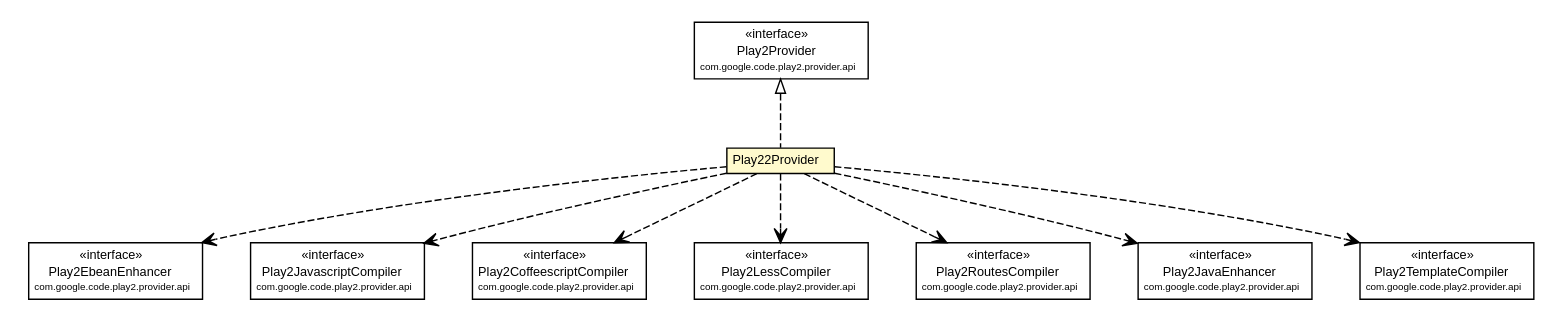
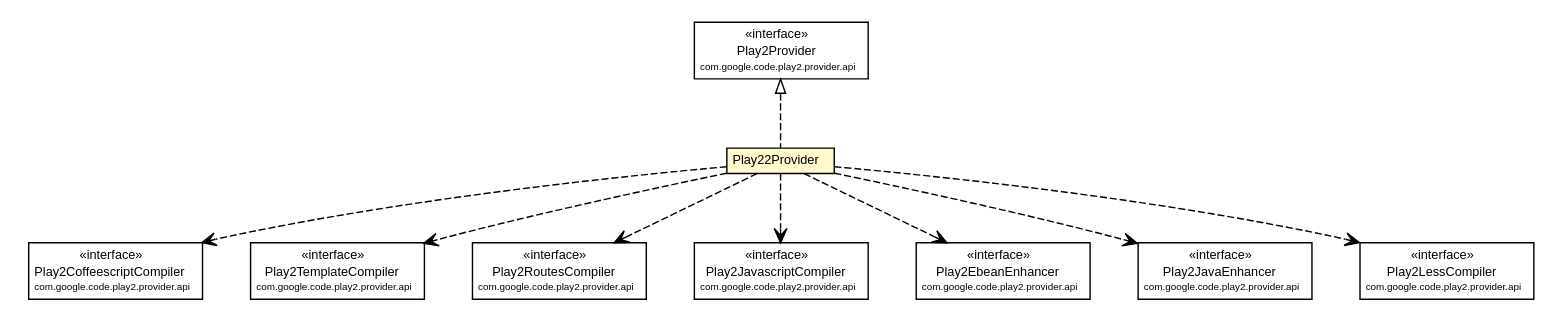
The diagram in mavensite/1.0.0-beta2-SNAPSHOT/play2-providers/play2-provider-play22/apidocs/com/google/code/play2/provider/play22/Play22Provider.dot (wouterhardeman/play2-maven-plugin), drawn with Graphviz before and after one commit. The commit also changed 240 other files, not shown here.

```diff
--- a/mavensite/1.0.0-beta2-SNAPSHOT/play2-providers/play2-provider-play22/apidocs/com/google/code/play2/provider/play22/Play22Provider.dot
+++ b/mavensite/1.0.0-beta2-SNAPSHOT/play2-providers/play2-provider-play22/apidocs/com/google/code/play2/provider/play22/Play22Provider.dot
@@ -1,98 +1,98 @@
 #!/usr/local/bin/dot
 #
 # Class diagram 
 # Generated by UMLGraph version R5_6-24-gf6e263 (http://www.umlgraph.org/)
 #
 
 digraph G {
 	edge [fontname="arial",fontsize=10,labelfontname="arial",labelfontsize=10];
 	node [fontname="arial",fontsize=10,shape=plaintext];
 	nodesep=0.25;
 	ranksep=0.5;
 	// com.google.code.play2.provider.play22.Play22Provider
 	c177 [label=<<table title="com.google.code.play2.provider.play22.Play22Provider" border="0" cellborder="1" cellspacing="0" cellpadding="2" port="p" bgcolor="lemonChiffon" href="./Play22Provider.html">
 		<tr><td><table border="0" cellspacing="0" cellpadding="1">
 <tr><td align="center" balign="center"> Play22Provider </td></tr>
 		</table></td></tr>
 		</table>>, URL="./Play22Provider.html", fontname="arial", fontcolor="black", fontsize=9.0];
 	//com.google.code.play2.provider.play22.Play22Provider implements com.google.code.play2.provider.api.Play2Provider
 	c186:p -> c177:p [dir=back,arrowtail=empty,style=dashed];
+	// com.google.code.play2.provider.play22.Play22Provider DEPEND com.google.code.play2.provider.api.Play2CoffeescriptCompiler
+	c177:p -> c187:p [taillabel="", label="", headlabel="", fontname="arial", fontcolor="black", fontsize=10.0, color="black", arrowhead=open, style=dashed];
+	// com.google.code.play2.provider.play22.Play22Provider DEPEND com.google.code.play2.provider.api.Play2TemplateCompiler
+	c177:p -> c188:p [taillabel="", label="", headlabel="", fontname="arial", fontcolor="black", fontsize=10.0, color="black", arrowhead=open, style=dashed];
+	// com.google.code.play2.provider.play22.Play22Provider DEPEND com.google.code.play2.provider.api.Play2RoutesCompiler
+	c177:p -> c189:p [taillabel="", label="", headlabel="", fontname="arial", fontcolor="black", fontsize=10.0, color="black", arrowhead=open, style=dashed];
+	// com.google.code.play2.provider.play22.Play22Provider DEPEND com.google.code.play2.provider.api.Play2JavascriptCompiler
+	c177:p -> c190:p [taillabel="", label="", headlabel="", fontname="arial", fontcolor="black", fontsize=10.0, color="black", arrowhead=open, style=dashed];
 	// com.google.code.play2.provider.play22.Play22Provider DEPEND com.google.code.play2.provider.api.Play2EbeanEnhancer
-	c177:p -> c187:p [taillabel="", label="", headlabel="", fontname="arial", fontcolor="black", fontsize=10.0, color="black", arrowhead=open, style=dashed];
-	// com.google.code.play2.provider.play22.Play22Provider DEPEND com.google.code.play2.provider.api.Play2JavascriptCompiler
-	c177:p -> c188:p [taillabel="", label="", headlabel="", fontname="arial", fontcolor="black", fontsize=10.0, color="black", arrowhead=open, style=dashed];
-	// com.google.code.play2.provider.play22.Play22Provider DEPEND com.google.code.play2.provider.api.Play2CoffeescriptCompiler
-	c177:p -> c189:p [taillabel="", label="", headlabel="", fontname="arial", fontcolor="black", fontsize=10.0, color="black", arrowhead=open, style=dashed];
-	// com.google.code.play2.provider.play22.Play22Provider DEPEND com.google.code.play2.provider.api.Play2LessCompiler
-	c177:p -> c190:p [taillabel="", label="", headlabel="", fontname="arial", fontcolor="black", fontsize=10.0, color="black", arrowhead=open, style=dashed];
-	// com.google.code.play2.provider.play22.Play22Provider DEPEND com.google.code.play2.provider.api.Play2RoutesCompiler
 	c177:p -> c191:p [taillabel="", label="", headlabel="", fontname="arial", fontcolor="black", fontsize=10.0, color="black", arrowhead=open, style=dashed];
 	// com.google.code.play2.provider.play22.Play22Provider DEPEND com.google.code.play2.provider.api.Play2JavaEnhancer
 	c177:p -> c192:p [taillabel="", label="", headlabel="", fontname="arial", fontcolor="black", fontsize=10.0, color="black", arrowhead=open, style=dashed];
-	// com.google.code.play2.provider.play22.Play22Provider DEPEND com.google.code.play2.provider.api.Play2TemplateCompiler
+	// com.google.code.play2.provider.play22.Play22Provider DEPEND com.google.code.play2.provider.api.Play2LessCompiler
 	c177:p -> c193:p [taillabel="", label="", headlabel="", fontname="arial", fontcolor="black", fontsize=10.0, color="black", arrowhead=open, style=dashed];
 	// com.google.code.play2.provider.api.Play2EbeanEnhancer
-	c187 [label=<<table title="com.google.code.play2.provider.api.Play2EbeanEnhancer" border="0" cellborder="1" cellspacing="0" cellpadding="2" port="p">
+	c191 [label=<<table title="com.google.code.play2.provider.api.Play2EbeanEnhancer" border="0" cellborder="1" cellspacing="0" cellpadding="2" port="p">
 		<tr><td><table border="0" cellspacing="0" cellpadding="1">
 <tr><td align="center" balign="center"> &#171;interface&#187; </td></tr>
 <tr><td align="center" balign="center"> Play2EbeanEnhancer </td></tr>
 <tr><td align="center" balign="center"><font point-size="7.0"> com.google.code.play2.provider.api </font></td></tr>
 		</table></td></tr>
 		</table>>, URL="null", fontname="arial", fontcolor="black", fontsize=9.0];
 	// com.google.code.play2.provider.api.Play2LessCompiler
-	c190 [label=<<table title="com.google.code.play2.provider.api.Play2LessCompiler" border="0" cellborder="1" cellspacing="0" cellpadding="2" port="p">
+	c193 [label=<<table title="com.google.code.play2.provider.api.Play2LessCompiler" border="0" cellborder="1" cellspacing="0" cellpadding="2" port="p">
 		<tr><td><table border="0" cellspacing="0" cellpadding="1">
 <tr><td align="center" balign="center"> &#171;interface&#187; </td></tr>
 <tr><td align="center" balign="center"> Play2LessCompiler </td></tr>
 <tr><td align="center" balign="center"><font point-size="7.0"> com.google.code.play2.provider.api </font></td></tr>
 		</table></td></tr>
 		</table>>, URL="null", fontname="arial", fontcolor="black", fontsize=9.0];
 	// com.google.code.play2.provider.api.Play2CoffeescriptCompiler
-	c189 [label=<<table title="com.google.code.play2.provider.api.Play2CoffeescriptCompiler" border="0" cellborder="1" cellspacing="0" cellpadding="2" port="p">
+	c187 [label=<<table title="com.google.code.play2.provider.api.Play2CoffeescriptCompiler" border="0" cellborder="1" cellspacing="0" cellpadding="2" port="p">
 		<tr><td><table border="0" cellspacing="0" cellpadding="1">
 <tr><td align="center" balign="center"> &#171;interface&#187; </td></tr>
 <tr><td align="center" balign="center"> Play2CoffeescriptCompiler </td></tr>
 <tr><td align="center" balign="center"><font point-size="7.0"> com.google.code.play2.provider.api </font></td></tr>
 		</table></td></tr>
 		</table>>, URL="null", fontname="arial", fontcolor="black", fontsize=9.0];
 	// com.google.code.play2.provider.api.Play2JavaEnhancer
 	c192 [label=<<table title="com.google.code.play2.provider.api.Play2JavaEnhancer" border="0" cellborder="1" cellspacing="0" cellpadding="2" port="p">
 		<tr><td><table border="0" cellspacing="0" cellpadding="1">
 <tr><td align="center" balign="center"> &#171;interface&#187; </td></tr>
 <tr><td align="center" balign="center"> Play2JavaEnhancer </td></tr>
 <tr><td align="center" balign="center"><font point-size="7.0"> com.google.code.play2.provider.api </font></td></tr>
 		</table></td></tr>
 		</table>>, URL="null", fontname="arial", fontcolor="black", fontsize=9.0];
 	// com.google.code.play2.provider.api.Play2RoutesCompiler
-	c191 [label=<<table title="com.google.code.play2.provider.api.Play2RoutesCompiler" border="0" cellborder="1" cellspacing="0" cellpadding="2" port="p">
+	c189 [label=<<table title="com.google.code.play2.provider.api.Play2RoutesCompiler" border="0" cellborder="1" cellspacing="0" cellpadding="2" port="p">
 		<tr><td><table border="0" cellspacing="0" cellpadding="1">
 <tr><td align="center" balign="center"> &#171;interface&#187; </td></tr>
 <tr><td align="center" balign="center"> Play2RoutesCompiler </td></tr>
 <tr><td align="center" balign="center"><font point-size="7.0"> com.google.code.play2.provider.api </font></td></tr>
 		</table></td></tr>
 		</table>>, URL="null", fontname="arial", fontcolor="black", fontsize=9.0];
 	// com.google.code.play2.provider.api.Play2JavascriptCompiler
-	c188 [label=<<table title="com.google.code.play2.provider.api.Play2JavascriptCompiler" border="0" cellborder="1" cellspacing="0" cellpadding="2" port="p">
+	c190 [label=<<table title="com.google.code.play2.provider.api.Play2JavascriptCompiler" border="0" cellborder="1" cellspacing="0" cellpadding="2" port="p">
 		<tr><td><table border="0" cellspacing="0" cellpadding="1">
 <tr><td align="center" balign="center"> &#171;interface&#187; </td></tr>
 <tr><td align="center" balign="center"> Play2JavascriptCompiler </td></tr>
 <tr><td align="center" balign="center"><font point-size="7.0"> com.google.code.play2.provider.api </font></td></tr>
 		</table></td></tr>
 		</table>>, URL="null", fontname="arial", fontcolor="black", fontsize=9.0];
 	// com.google.code.play2.provider.api.Play2Provider
 	c186 [label=<<table title="com.google.code.play2.provider.api.Play2Provider" border="0" cellborder="1" cellspacing="0" cellpadding="2" port="p">
 		<tr><td><table border="0" cellspacing="0" cellpadding="1">
 <tr><td align="center" balign="center"> &#171;interface&#187; </td></tr>
 <tr><td align="center" balign="center"> Play2Provider </td></tr>
 <tr><td align="center" balign="center"><font point-size="7.0"> com.google.code.play2.provider.api </font></td></tr>
 		</table></td></tr>
 		</table>>, URL="null", fontname="arial", fontcolor="black", fontsize=9.0];
 	// com.google.code.play2.provider.api.Play2TemplateCompiler
-	c193 [label=<<table title="com.google.code.play2.provider.api.Play2TemplateCompiler" border="0" cellborder="1" cellspacing="0" cellpadding="2" port="p">
+	c188 [label=<<table title="com.google.code.play2.provider.api.Play2TemplateCompiler" border="0" cellborder="1" cellspacing="0" cellpadding="2" port="p">
 		<tr><td><table border="0" cellspacing="0" cellpadding="1">
 <tr><td align="center" balign="center"> &#171;interface&#187; </td></tr>
 <tr><td align="center" balign="center"> Play2TemplateCompiler </td></tr>
 <tr><td align="center" balign="center"><font point-size="7.0"> com.google.code.play2.provider.api </font></td></tr>
 		</table></td></tr>
 		</table>>, URL="null", fontname="arial", fontcolor="black", fontsize=9.0];
 }
```
